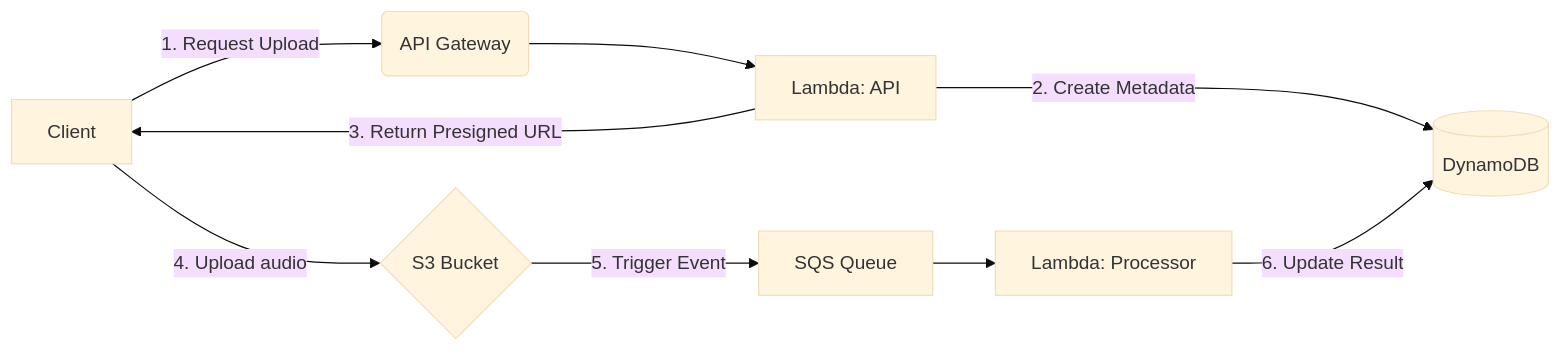
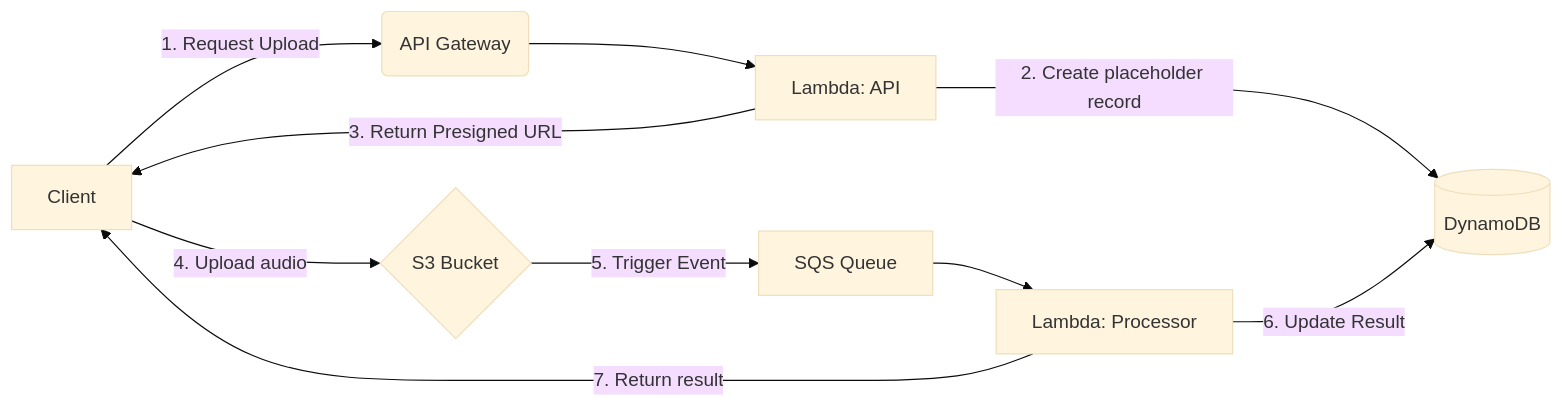
The diagram in README.md (jtasse/meowlin), drawn with Mermaid (base theme) before and after one commit. The commit also changed other lines of this file, not shown here.

Commit message:
docs: update high level data flow diagram

````diff
--- a/README.md
+++ b/README.md
@@ -152,11 +152,12 @@
 ```mermaid
 graph LR
     A[Client] -->|1. Request Upload| B(API Gateway)
     B --> C[Lambda: API]
-    C -->|2. Create Metadata| D[(DynamoDB)]
+    C -->|2. Create placeholder record| D[(DynamoDB)]
     C -->|3. Return Presigned URL| A
     A -->|4. Upload audio| E{S3 Bucket}
     E -->|5. Trigger Event| F[SQS Queue]
     F --> G[Lambda: Processor]
     G -->|6. Update Result| D
+    G -->|7. Return result|A
 ```
````
